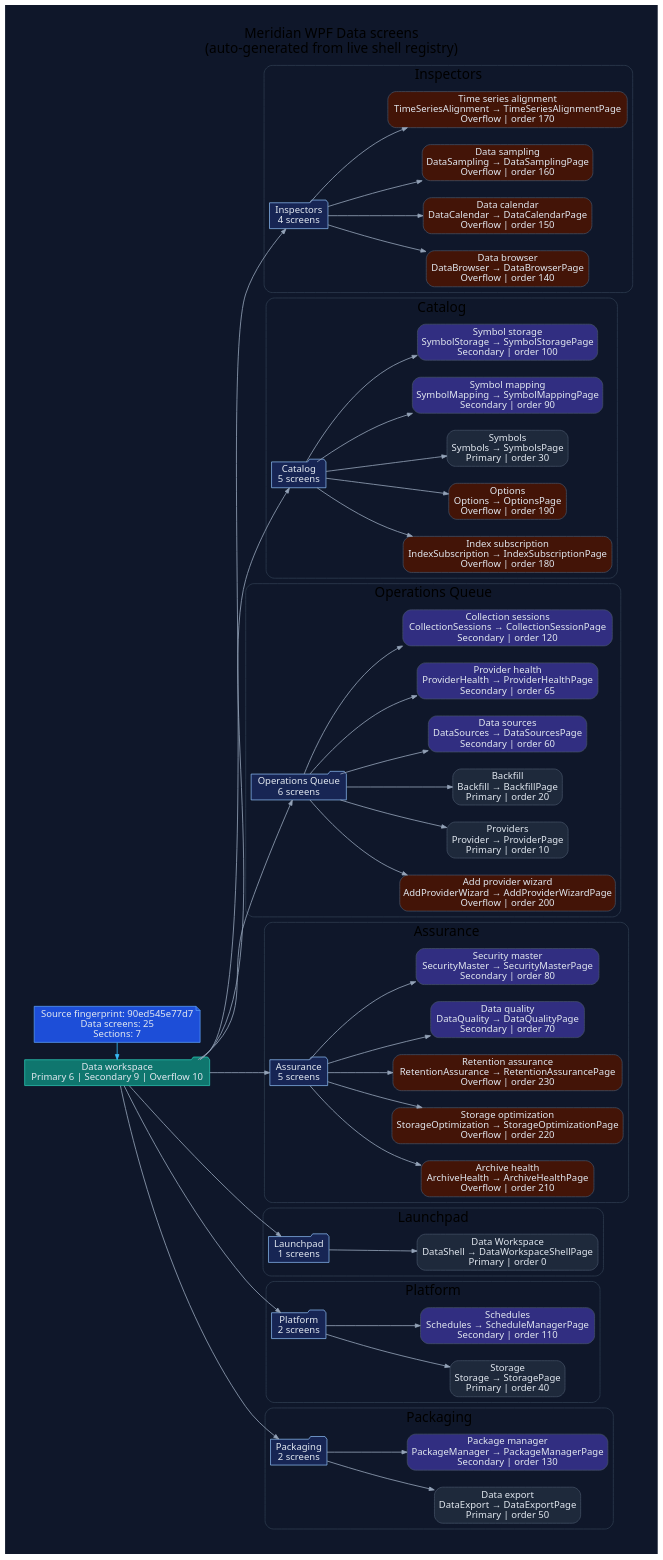
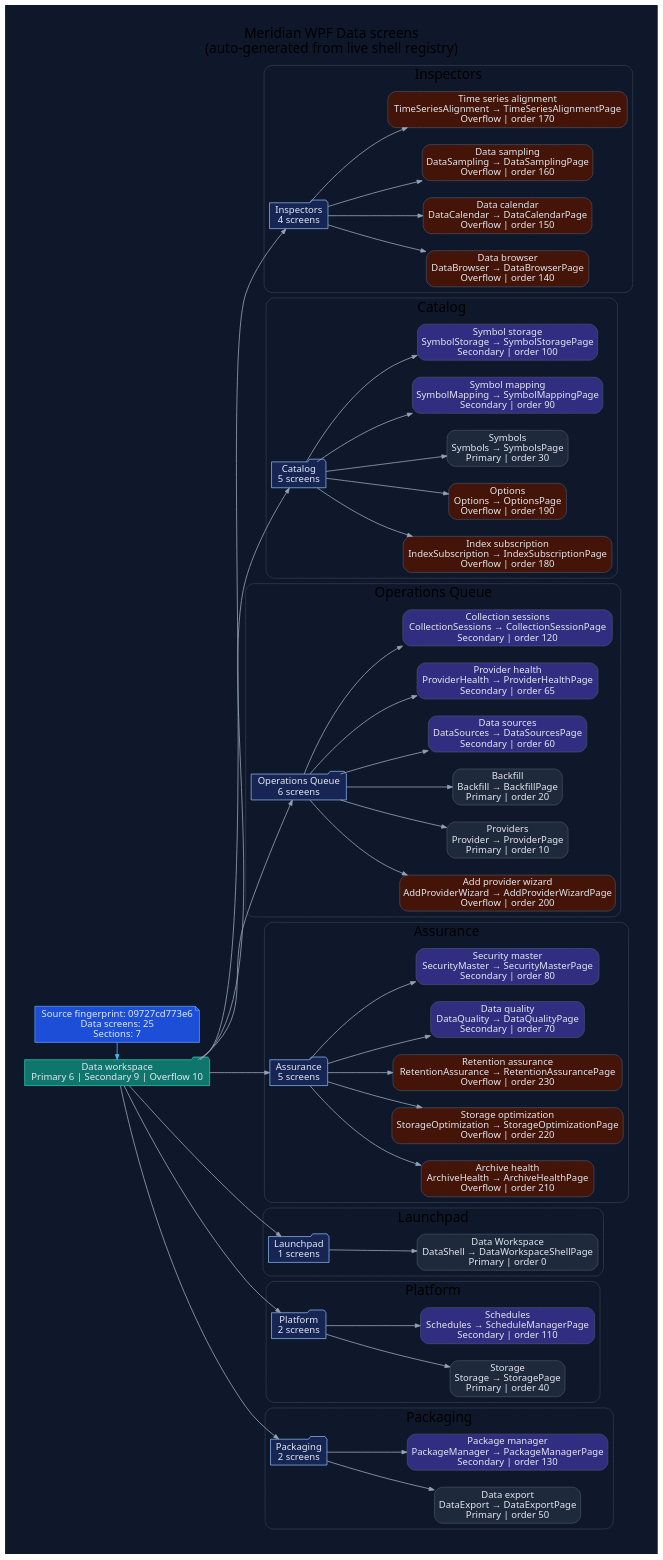
Before and after one commit to rodoHasArrived/Meridian-main: the diagram in docs/diagrams/ui-wpf-screens-data.dot, drawn with Graphviz. The commit also changed 120 other files, not shown here.

```diff
--- a/docs/diagrams/ui-wpf-screens-data.dot
+++ b/docs/diagrams/ui-wpf-screens-data.dot
@@ -1,132 +1,132 @@
 // -----------------------------------------------------------------------------
 // <auto-generated>
 // Generated by scripts/generate-diagrams.mjs.
 // Do not edit this file directly; update the WPF source files instead.
 // -----------------------------------------------------------------------------
 digraph WpfDataScreens {
   graph [
     rankdir=LR,
     labelloc=t,
     label="Meridian WPF Data screens\n(auto-generated from live shell registry)",
     fontname="Segoe UI",
     fontsize=20,
     pad=0.4,
     nodesep=0.35,
     ranksep=0.85,
     bgcolor="#0f172a"
   ];
   node [fontname="Segoe UI", shape=box, style="rounded,filled", color="#475569", fontcolor="#e2e8f0", fillcolor="#1e293b"];
   edge [fontname="Segoe UI", color="#94a3b8", penwidth=1.2, arrowsize=0.75];
 
-  generated [shape=note, fillcolor="#1d4ed8", color="#60a5fa", label="Source fingerprint: 90ed545e77d7\nData screens: 25\nSections: 7"];
+  generated [shape=note, fillcolor="#1d4ed8", color="#60a5fa", label="Source fingerprint: 09727cd773e6\nData screens: 25\nSections: 7"];
   workspace [shape=folder, fillcolor="#0f766e", color="#2dd4bf", label="Data workspace\nPrimary 6 | Secondary 9 | Overflow 10"];
   generated -> workspace [color="#38bdf8"];
 
   subgraph cluster_section_1 {
     label="Inspectors";
     color="#334155";
     style="rounded";
     section_1 [shape=folder, fillcolor="#172554", color="#93c5fd", label="Inspectors\n4 screens"];
     workspace -> section_1;
     screen_DataBrowser [fillcolor="#431407", label="Data browser\nDataBrowser → DataBrowserPage\nOverflow | order 140"];
     section_1 -> screen_DataBrowser;
     screen_DataCalendar [fillcolor="#431407", label="Data calendar\nDataCalendar → DataCalendarPage\nOverflow | order 150"];
     section_1 -> screen_DataCalendar;
     screen_DataSampling [fillcolor="#431407", label="Data sampling\nDataSampling → DataSamplingPage\nOverflow | order 160"];
     section_1 -> screen_DataSampling;
     screen_TimeSeriesAlignment [fillcolor="#431407", label="Time series alignment\nTimeSeriesAlignment → TimeSeriesAlignmentPage\nOverflow | order 170"];
     section_1 -> screen_TimeSeriesAlignment;
   }
 
   subgraph cluster_section_2 {
     label="Catalog";
     color="#334155";
     style="rounded";
     section_2 [shape=folder, fillcolor="#172554", color="#93c5fd", label="Catalog\n5 screens"];
     workspace -> section_2;
     screen_IndexSubscription [fillcolor="#431407", label="Index subscription\nIndexSubscription → IndexSubscriptionPage\nOverflow | order 180"];
     section_2 -> screen_IndexSubscription;
     screen_Options [fillcolor="#431407", label="Options\nOptions → OptionsPage\nOverflow | order 190"];
     section_2 -> screen_Options;
     screen_Symbols [fillcolor="#1e293b", label="Symbols\nSymbols → SymbolsPage\nPrimary | order 30"];
     section_2 -> screen_Symbols;
     screen_SymbolMapping [fillcolor="#312e81", label="Symbol mapping\nSymbolMapping → SymbolMappingPage\nSecondary | order 90"];
     section_2 -> screen_SymbolMapping;
     screen_SymbolStorage [fillcolor="#312e81", label="Symbol storage\nSymbolStorage → SymbolStoragePage\nSecondary | order 100"];
     section_2 -> screen_SymbolStorage;
   }
 
   subgraph cluster_section_3 {
     label="Operations Queue";
     color="#334155";
     style="rounded";
     section_3 [shape=folder, fillcolor="#172554", color="#93c5fd", label="Operations Queue\n6 screens"];
     workspace -> section_3;
     screen_AddProviderWizard [fillcolor="#431407", label="Add provider wizard\nAddProviderWizard → AddProviderWizardPage\nOverflow | order 200"];
     section_3 -> screen_AddProviderWizard;
     screen_Provider [fillcolor="#1e293b", label="Providers\nProvider → ProviderPage\nPrimary | order 10"];
     section_3 -> screen_Provider;
     screen_Backfill [fillcolor="#1e293b", label="Backfill\nBackfill → BackfillPage\nPrimary | order 20"];
     section_3 -> screen_Backfill;
     screen_DataSources [fillcolor="#312e81", label="Data sources\nDataSources → DataSourcesPage\nSecondary | order 60"];
     section_3 -> screen_DataSources;
     screen_ProviderHealth [fillcolor="#312e81", label="Provider health\nProviderHealth → ProviderHealthPage\nSecondary | order 65"];
     section_3 -> screen_ProviderHealth;
     screen_CollectionSessions [fillcolor="#312e81", label="Collection sessions\nCollectionSessions → CollectionSessionPage\nSecondary | order 120"];
     section_3 -> screen_CollectionSessions;
   }
 
   subgraph cluster_section_4 {
     label="Assurance";
     color="#334155";
     style="rounded";
     section_4 [shape=folder, fillcolor="#172554", color="#93c5fd", label="Assurance\n5 screens"];
     workspace -> section_4;
     screen_ArchiveHealth [fillcolor="#431407", label="Archive health\nArchiveHealth → ArchiveHealthPage\nOverflow | order 210"];
     section_4 -> screen_ArchiveHealth;
     screen_StorageOptimization [fillcolor="#431407", label="Storage optimization\nStorageOptimization → StorageOptimizationPage\nOverflow | order 220"];
     section_4 -> screen_StorageOptimization;
     screen_RetentionAssurance [fillcolor="#431407", label="Retention assurance\nRetentionAssurance → RetentionAssurancePage\nOverflow | order 230"];
     section_4 -> screen_RetentionAssurance;
     screen_DataQuality [fillcolor="#312e81", label="Data quality\nDataQuality → DataQualityPage\nSecondary | order 70"];
     section_4 -> screen_DataQuality;
     screen_SecurityMaster [fillcolor="#312e81", label="Security master\nSecurityMaster → SecurityMasterPage\nSecondary | order 80"];
     section_4 -> screen_SecurityMaster;
   }
 
   subgraph cluster_section_5 {
     label="Launchpad";
     color="#334155";
     style="rounded";
     section_5 [shape=folder, fillcolor="#172554", color="#93c5fd", label="Launchpad\n1 screens"];
     workspace -> section_5;
     screen_DataShell [fillcolor="#1e293b", label="Data Workspace\nDataShell → DataWorkspaceShellPage\nPrimary | order 0"];
     section_5 -> screen_DataShell;
   }
 
   subgraph cluster_section_6 {
     label="Platform";
     color="#334155";
     style="rounded";
     section_6 [shape=folder, fillcolor="#172554", color="#93c5fd", label="Platform\n2 screens"];
     workspace -> section_6;
     screen_Storage [fillcolor="#1e293b", label="Storage\nStorage → StoragePage\nPrimary | order 40"];
     section_6 -> screen_Storage;
     screen_Schedules [fillcolor="#312e81", label="Schedules\nSchedules → ScheduleManagerPage\nSecondary | order 110"];
     section_6 -> screen_Schedules;
   }
 
   subgraph cluster_section_7 {
     label="Packaging";
     color="#334155";
     style="rounded";
     section_7 [shape=folder, fillcolor="#172554", color="#93c5fd", label="Packaging\n2 screens"];
     workspace -> section_7;
     screen_DataExport [fillcolor="#1e293b", label="Data export\nDataExport → DataExportPage\nPrimary | order 50"];
     section_7 -> screen_DataExport;
     screen_PackageManager [fillcolor="#312e81", label="Package manager\nPackageManager → PackageManagerPage\nSecondary | order 130"];
     section_7 -> screen_PackageManager;
   }
 
   { rank=min; generated; workspace; }
 }
```
